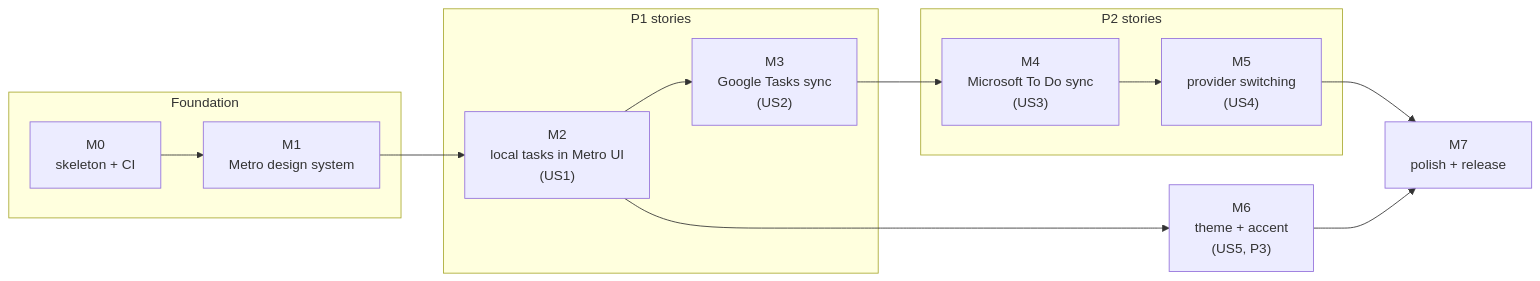
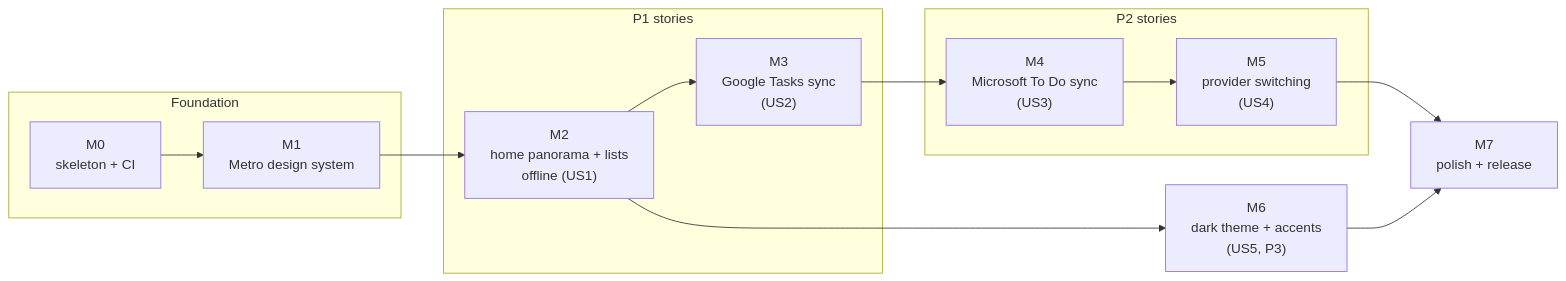
Before and after one commit to samekh248/duenorthtasks: the fourth of 4 diagrams in specs/001-metro-todo-app/plan.md, drawn with Mermaid. The commit also changed other lines of this file and 9 other files, not shown here.

````diff
--- a/specs/001-metro-todo-app/plan.md
+++ b/specs/001-metro-todo-app/plan.md
@@ -187,17 +191,17 @@
 ```mermaid
 flowchart LR
     subgraph F["Foundation"]
         M0["M0<br/>skeleton + CI"] --> M1["M1<br/>Metro design system"]
     end
     subgraph P1["P1 stories"]
-        M2["M2<br/>local tasks in Metro UI<br/>(US1)"] --> M3["M3<br/>Google Tasks sync<br/>(US2)"]
+        M2["M2<br/>home panorama + lists<br/>offline (US1)"] --> M3["M3<br/>Google Tasks sync<br/>(US2)"]
     end
     subgraph P2["P2 stories"]
         M4["M4<br/>Microsoft To Do sync<br/>(US3)"] --> M5["M5<br/>provider switching<br/>(US4)"]
     end
     M1 --> M2
     M3 --> M4
-    M2 --> M6["M6<br/>theme + accent<br/>(US5, P3)"]
+    M2 --> M6["M6<br/>dark theme + accents<br/>(US5, P3)"]
     M5 --> M7["M7<br/>polish + release"]
     M6 --> M7
 ```
````
